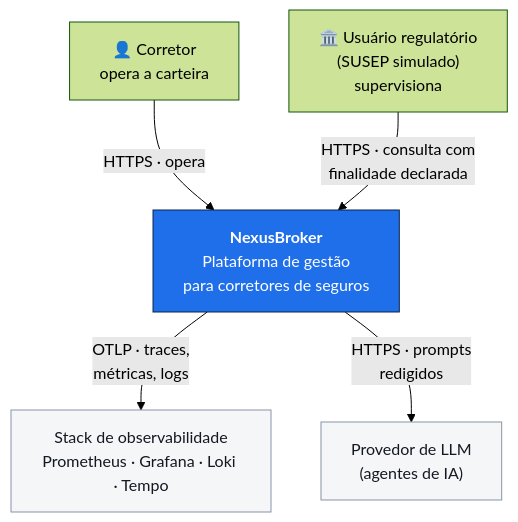
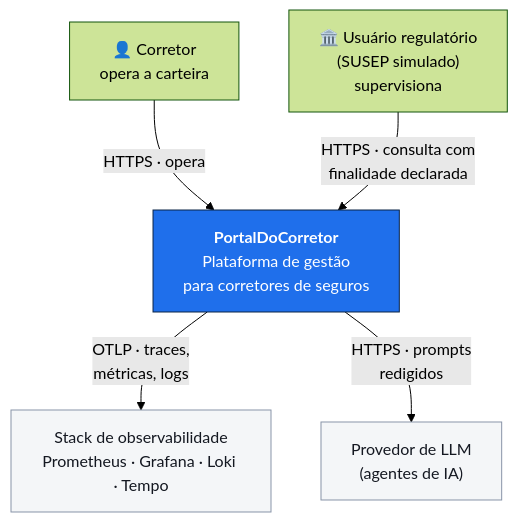
The second of 5 diagrams in docs/architecture/overview.md (volksec/0009098), drawn with Mermaid (forest theme) before and after one commit. The commit also changed other lines of this file and 37 other files, not shown here.

First line of the commit message:
refactor: renomear projeto para Portal do Corretor

````diff
--- a/docs/architecture/overview.md
+++ b/docs/architecture/overview.md
@@ -63,20 +63,20 @@
 ```mermaid
 graph TB
     B["👤 Corretor<br/>opera a carteira"]
     R["🏛️ Usuário regulatório<br/>(SUSEP simulado)<br/>supervisiona"]
 
-    NB["<b>NexusBroker</b><br/>Plataforma de gestão<br/>para corretores de seguros"]
+    NB["<b>PortalDoCorretor</b><br/>Plataforma de gestão<br/>para corretores de seguros"]
 
     OBS["Stack de observabilidade<br/>Prometheus · Grafana · Loki · Tempo"]
     LLM["Provedor de LLM<br/>(agentes de IA)"]
 
     B -->|"HTTPS · opera"| NB
     R -->|"HTTPS · consulta com<br/>finalidade declarada"| NB
     NB -->|"OTLP · traces,<br/>métricas, logs"| OBS
     NB -->|"HTTPS · prompts<br/>redigidos"| LLM
 
     classDef sys fill:#1F6FEB,stroke:#0B2447,color:#fff
     classDef ext fill:#F4F6F8,stroke:#8894A8,color:#141821
     class NB sys
     class OBS,LLM ext
 ```
````
